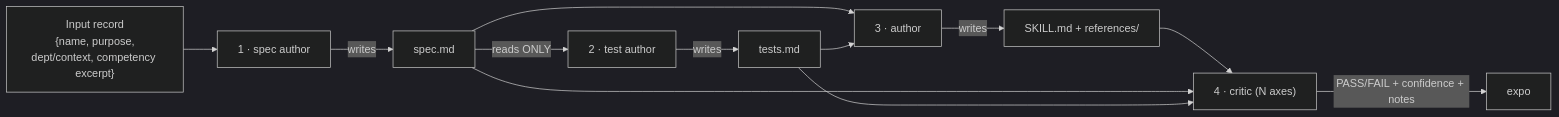
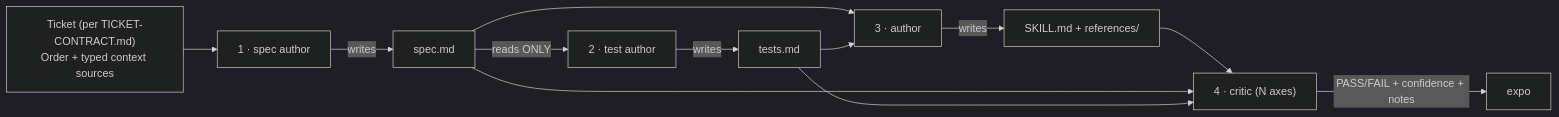
Before and after one commit to RayDataCo/ray-plugins: the second of 3 diagrams in plugins/skill-agent-brigade/README.md, drawn with Mermaid (dark theme). The commit also changed other lines of this file and 11 other files, not shown here.

First line of the commit message:
Steward + TICKET-CONTRACT + rail queue semantics (hexagonal ports)

````diff
--- a/plugins/skill-agent-brigade/README.md
+++ b/plugins/skill-agent-brigade/README.md
@@ -38,14 +42,14 @@
 ```mermaid
 flowchart LR
-  IN["Input record<br/>{name, purpose,<br/>dept/context, competency excerpt}"] --> SPEC["1 · spec author"]
+  IN["Ticket (per TICKET-CONTRACT.md)<br/>Order + typed context sources"] --> SPEC["1 · spec author"]
   SPEC -->|writes| SPECF["spec.md"]
   SPECF -->|"reads ONLY"| TEST["2 · test author"]
   TEST -->|writes| TESTF["tests.md"]
   SPECF --> AUTH["3 · author"]
   TESTF --> AUTH
   AUTH -->|writes| SKILLF["SKILL.md + references/"]
   SKILLF --> CRIT["4 · critic (N axes)"]
   SPECF --> CRIT
   TESTF --> CRIT
   CRIT -->|"PASS/FAIL + confidence + notes"| ORCH2["expo"]
 ```
````
